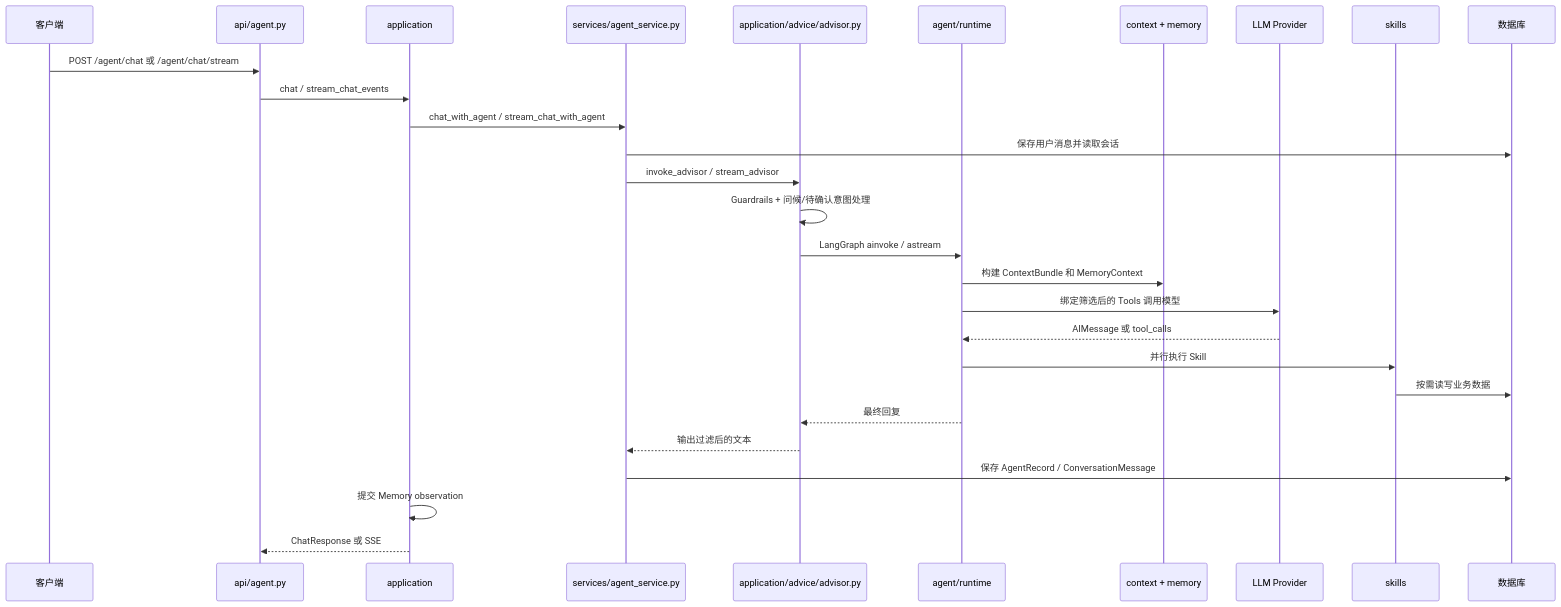
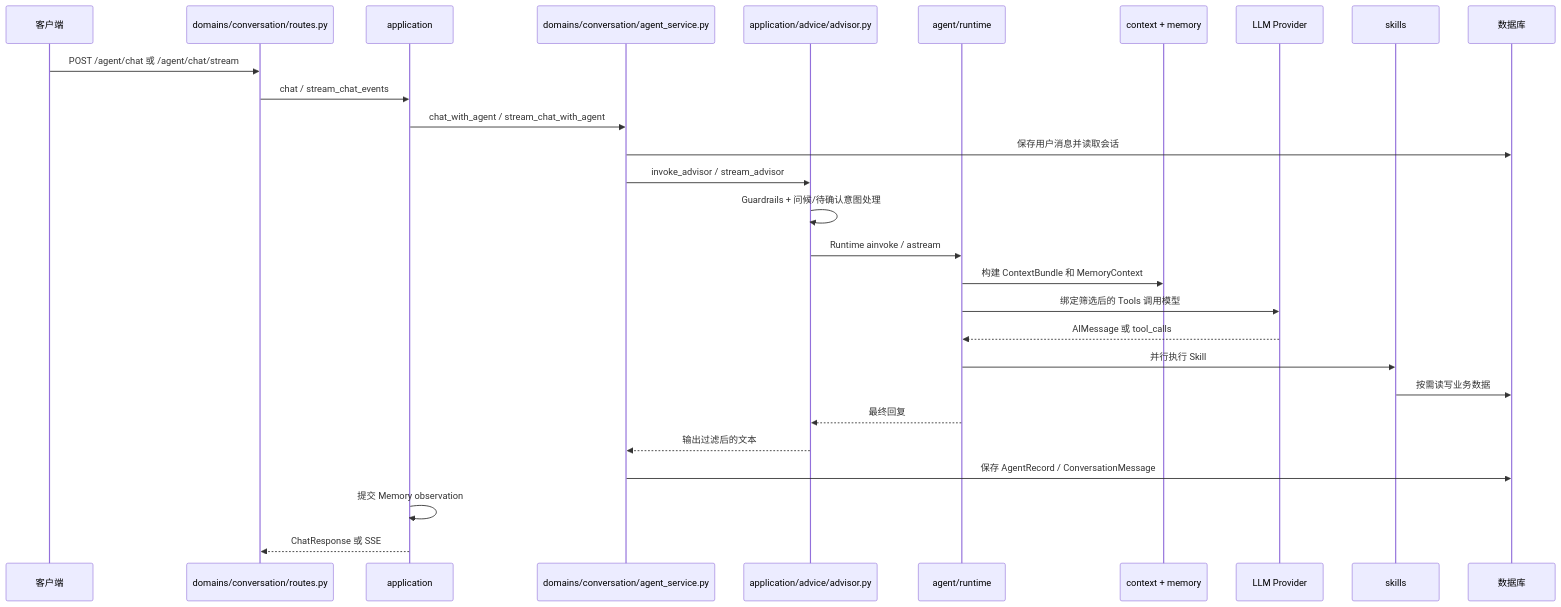
Before and after one commit to ArtLjn/agriagent-os: the second of 8 diagrams in docs/architecture/backend-architecture.md, drawn with Mermaid. The commit also changed other lines of this file and 5 other files, not shown here.

````diff
--- a/docs/architecture/backend-architecture.md
+++ b/docs/architecture/backend-architecture.md
@@ -63,31 +70,31 @@
 ```mermaid
 sequenceDiagram
     participant C as 客户端
-    participant API as api/agent.py
+    participant API as domains/conversation/routes.py
     participant UC as application
-    participant SVC as services/agent_service.py
+    participant SVC as domains/conversation/agent_service.py
     participant ADV as application/advice/advisor.py
     participant RT as agent/runtime
     participant CTX as context + memory
     participant LLM as LLM Provider
     participant SK as skills
     participant DB as 数据库
 
     C->>API: POST /agent/chat 或 /agent/chat/stream
     API->>UC: chat / stream_chat_events
     UC->>SVC: chat_with_agent / stream_chat_with_agent
     SVC->>DB: 保存用户消息并读取会话
     SVC->>ADV: invoke_advisor / stream_advisor
     ADV->>ADV: Guardrails + 问候/待确认意图处理
-    ADV->>RT: LangGraph ainvoke / astream
+    ADV->>RT: Runtime ainvoke / astream
     RT->>CTX: 构建 ContextBundle 和 MemoryContext
     RT->>LLM: 绑定筛选后的 Tools 调用模型
     LLM-->>RT: AIMessage 或 tool_calls
     RT->>SK: 并行执行 Skill
     SK->>DB: 按需读写业务数据
     RT-->>ADV: 最终回复
     ADV-->>SVC: 输出过滤后的文本
     SVC->>DB: 保存 AgentRecord / ConversationMessage
     UC->>UC: 提交 Memory observation
     UC-->>API: ChatResponse 或 SSE
 ```
````
